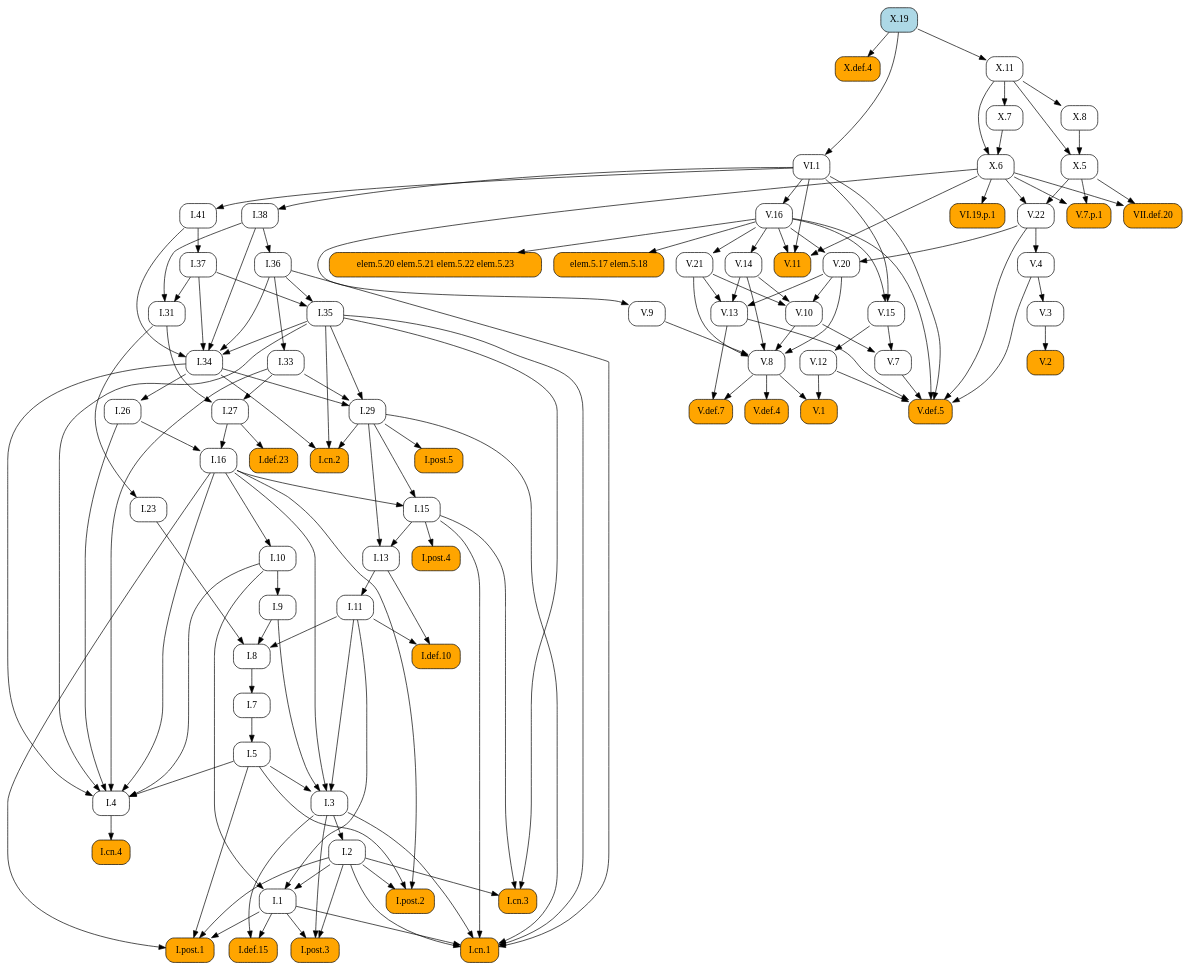
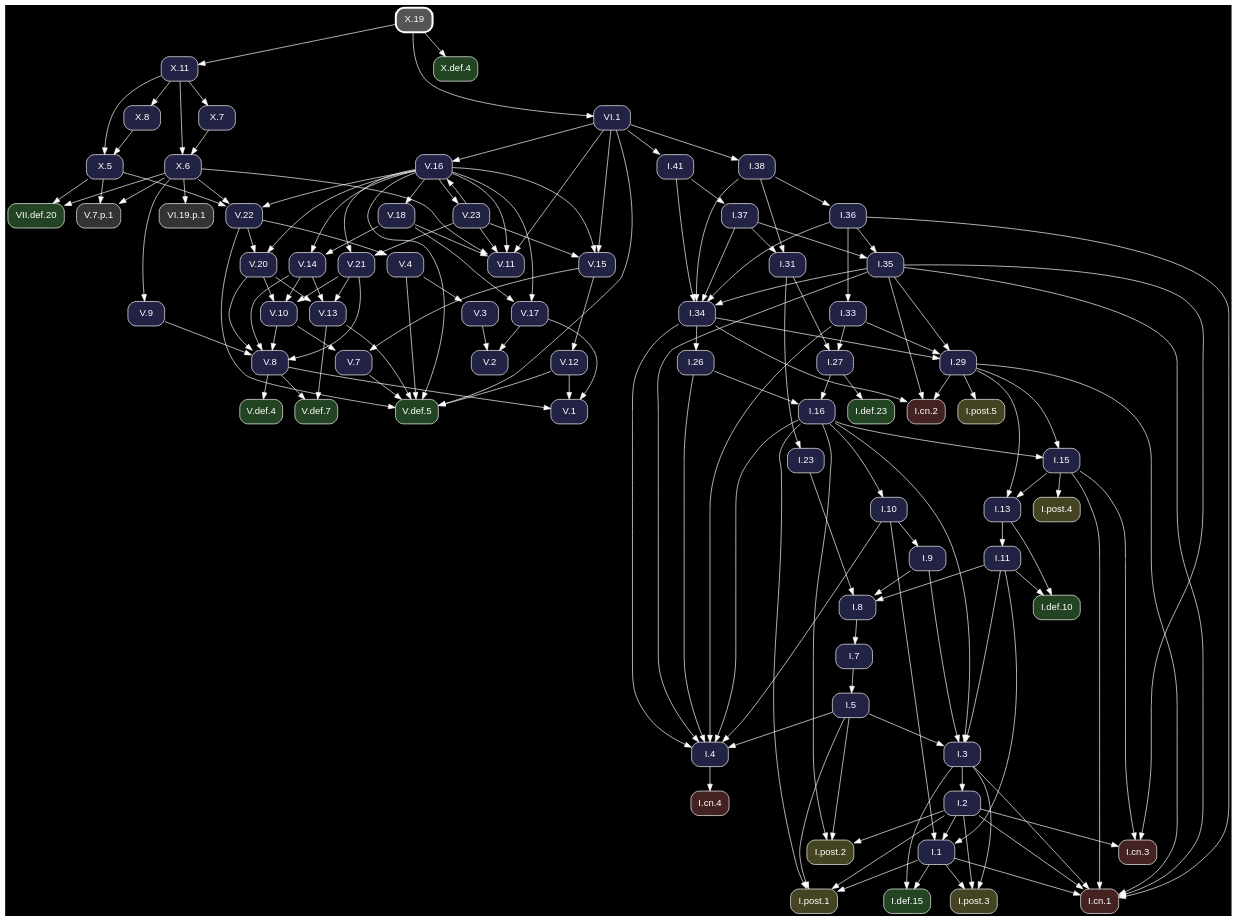
Before and after one commit to geometor/elements: the diagram in docsrc/heath/X/19/index.rst, drawn with Graphviz. The commit also changed other lines of this file and 1200 other files, not shown here.

Commit message:
update dependency graphs

```diff
--- a/docsrc/heath/X/19/index.rst
+++ b/docsrc/heath/X/19/index.rst
@@ -37,131 +37,188 @@
 .. graphviz::
 
    digraph {
+     bgcolor="black";
+     node [shape=box, style="rounded,filled", fontname="Helvetica", color="white", fontcolor="white"];
+     edge [color="white", fontcolor="white"];
      rankdir="TB";
-     node [shape=box, style=rounded];
-     "I.23" [URL="/heath/I/23/", target="_top"];
-     "I.9" [URL="/heath/I/9/", target="_top"];
-     "I.def.15" [style="rounded,filled", fillcolor=orange, URL="/heath/I/def.15/", target="_top"];
-     "V.13" [URL="/heath/V/13/", target="_top"];
-     "V.7" [URL="/heath/V/7/", target="_top"];
-     "elem.5.17 elem.5.18" [style="rounded,filled", fillcolor=orange];
-     "V.7.p.1" [style="rounded,filled", fillcolor=orange];
-     "I.post.1" [style="rounded,filled", fillcolor=orange, URL="/heath/I/post.1/", target="_top"];
-     "V.14" [URL="/heath/V/14/", target="_top"];
-     "X.6" [URL="/heath/X/6/", target="_top"];
-     "V.9" [URL="/heath/V/9/", target="_top"];
-     "I.31" [URL="/heath/I/31/", target="_top"];
-     "V.10" [URL="/heath/V/10/", target="_top"];
-     "I.def.10" [style="rounded,filled", fillcolor=orange, URL="/heath/I/def.10/", target="_top"];
-     "V.4" [URL="/heath/V/4/", target="_top"];
-     "X.def.4" [style="rounded,filled", fillcolor=orange, URL="/heath/X/def.4/", target="_top"];
-     "VI.1" [URL="/heath/VI/1/", target="_top"];
-     "V.11" [style="rounded,filled", fillcolor=orange, URL="/heath/V/11/", target="_top"];
-     "I.34" [URL="/heath/I/34/", target="_top"];
-     "VII.def.20" [style="rounded,filled", fillcolor=orange, URL="/heath/VII/def.20/", target="_top"];
-     "I.3" [URL="/heath/I/3/", target="_top"];
-     "V.def.4" [style="rounded,filled", fillcolor=orange, URL="/heath/V/def.4/", target="_top"];
-     "X.19" [style="rounded,filled", fillcolor=lightblue, URL="/heath/X/19/", target="_top"];
-     "V.def.7" [style="rounded,filled", fillcolor=orange, URL="/heath/V/def.7/", target="_top"];
-     "V.21" [URL="/heath/V/21/", target="_top"];
-     "I.2" [URL="/heath/I/2/", target="_top"];
-     "V.3" [URL="/heath/V/3/", target="_top"];
-     "I.13" [URL="/heath/I/13/", target="_top"];
-     "I.post.4" [style="rounded,filled", fillcolor=orange, URL="/heath/I/post.4/", target="_top"];
-     "I.4" [URL="/heath/I/4/", target="_top"];
-     "I.1" [URL="/heath/I/1/", target="_top"];
-     "I.8" [URL="/heath/I/8/", target="_top"];
-     "I.29" [URL="/heath/I/29/", target="_top"];
-     "I.38" [URL="/heath/I/38/", target="_top"];
-     "V.8" [URL="/heath/V/8/", target="_top"];
-     "I.15" [URL="/heath/I/15/", target="_top"];
-     "I.10" [URL="/heath/I/10/", target="_top"];
-     "I.11" [URL="/heath/I/11/", target="_top"];
-     "I.def.23" [style="rounded,filled", fillcolor=orange, URL="/heath/I/def.23/", target="_top"];
-     "I.26" [URL="/heath/I/26/", target="_top"];
-     "V.16" [URL="/heath/V/16/", target="_top"];
-     "I.33" [URL="/heath/I/33/", target="_top"];
-     "X.11" [URL="/heath/X/11/", target="_top"];
-     "X.8" [URL="/heath/X/8/", target="_top"];
-     "I.post.3" [style="rounded,filled", fillcolor=orange, URL="/heath/I/post.3/", target="_top"];
-     "V.def.5" [style="rounded,filled", fillcolor=orange, URL="/heath/V/def.5/", target="_top"];
-     "V.20" [URL="/heath/V/20/", target="_top"];
-     "I.27" [URL="/heath/I/27/", target="_top"];
-     "V.12" [URL="/heath/V/12/", target="_top"];
-     "I.35" [URL="/heath/I/35/", target="_top"];
-     "I.cn.1" [style="rounded,filled", fillcolor=orange, URL="/heath/I/cn.1/", target="_top"];
-     "V.2" [style="rounded,filled", fillcolor=orange, URL="/heath/V/2/", target="_top"];
-     "I.7" [URL="/heath/I/7/", target="_top"];
-     "I.36" [URL="/heath/I/36/", target="_top"];
-     "X.5" [URL="/heath/X/5/", target="_top"];
-     "I.5" [URL="/heath/I/5/", target="_top"];
-     "I.37" [URL="/heath/I/37/", target="_top"];
-     "VI.19.p.1" [style="rounded,filled", fillcolor=orange];
-     "I.cn.3" [style="rounded,filled", fillcolor=orange, URL="/heath/I/cn.3/", target="_top"];
-     "I.16" [URL="/heath/I/16/", target="_top"];
-     "X.7" [URL="/heath/X/7/", target="_top"];
-     "V.22" [URL="/heath/V/22/", target="_top"];
-     "V.1" [style="rounded,filled", fillcolor=orange, URL="/heath/V/1/", target="_top"];
-     "I.cn.2" [style="rounded,filled", fillcolor=orange, URL="/heath/I/cn.2/", target="_top"];
-     "I.post.5" [style="rounded,filled", fillcolor=orange, URL="/heath/I/post.5/", target="_top"];
-     "I.cn.4" [style="rounded,filled", fillcolor=orange, URL="/heath/I/cn.4/", target="_top"];
-     "I.41" [URL="/heath/I/41/", target="_top"];
-     "V.15" [URL="/heath/V/15/", target="_top"];
-     "I.post.2" [style="rounded,filled", fillcolor=orange, URL="/heath/I/post.2/", target="_top"];
-     "elem.5.20 elem.5.21 elem.5.22 elem.5.23" [style="rounded,filled", fillcolor=orange];
-     "I.31" -> "I.23";
-     "I.10" -> "I.9";
-     "I.1" -> "I.def.15";
-     "I.3" -> "I.def.15";
+     "V.15" [fillcolor="#222244", URL="/heath/V/15/", target="_top"];
+     "X.6" [fillcolor="#222244", URL="/heath/X/6/", target="_top"];
+     "I.cn.1" [fillcolor="#442222", URL="/heath/I/cn.1/", target="_top"];
+     "V.18" [fillcolor="#222244", URL="/heath/V/18/", target="_top"];
+     "V.14" [fillcolor="#222244", URL="/heath/V/14/", target="_top"];
+     "I.27" [fillcolor="#222244", URL="/heath/I/27/", target="_top"];
+     "V.23" [fillcolor="#222244", URL="/heath/V/23/", target="_top"];
+     "I.2" [fillcolor="#222244", URL="/heath/I/2/", target="_top"];
+     "I.41" [fillcolor="#222244", URL="/heath/I/41/", target="_top"];
+     "I.post.4" [fillcolor="#444422", URL="/heath/I/post.4/", target="_top"];
+     "I.26" [fillcolor="#222244", URL="/heath/I/26/", target="_top"];
+     "I.8" [fillcolor="#222244", URL="/heath/I/8/", target="_top"];
+     "V.4" [fillcolor="#222244", URL="/heath/V/4/", target="_top"];
+     "V.16" [fillcolor="#222244", URL="/heath/V/16/", target="_top"];
+     "I.7" [fillcolor="#222244", URL="/heath/I/7/", target="_top"];
+     "I.5" [fillcolor="#222244", URL="/heath/I/5/", target="_top"];
+     "V.11" [fillcolor="#222244", URL="/heath/V/11/", target="_top"];
+     "V.def.4" [fillcolor="#224422", URL="/heath/V/def.4/", target="_top"];
+     "V.20" [fillcolor="#222244", URL="/heath/V/20/", target="_top"];
+     "X.5" [fillcolor="#222244", URL="/heath/X/5/", target="_top"];
+     "I.11" [fillcolor="#222244", URL="/heath/I/11/", target="_top"];
+     "I.37" [fillcolor="#222244", URL="/heath/I/37/", target="_top"];
+     "I.cn.3" [fillcolor="#442222", URL="/heath/I/cn.3/", target="_top"];
+     "I.36" [fillcolor="#222244", URL="/heath/I/36/", target="_top"];
+     "I.38" [fillcolor="#222244", URL="/heath/I/38/", target="_top"];
+     "I.post.2" [fillcolor="#444422", URL="/heath/I/post.2/", target="_top"];
+     "X.19" [penwidth=3, color="white", fillcolor="#555555", URL="/heath/X/19/", target="_top"];
+     "I.def.23" [fillcolor="#224422", URL="/heath/I/def.23/", target="_top"];
+     "X.8" [fillcolor="#222244", URL="/heath/X/8/", target="_top"];
+     "I.35" [fillcolor="#222244", URL="/heath/I/35/", target="_top"];
+     "I.post.3" [fillcolor="#444422", URL="/heath/I/post.3/", target="_top"];
+     "V.13" [fillcolor="#222244", URL="/heath/V/13/", target="_top"];
+     "I.33" [fillcolor="#222244", URL="/heath/I/33/", target="_top"];
+     "V.8" [fillcolor="#222244", URL="/heath/V/8/", target="_top"];
+     "V.10" [fillcolor="#222244", URL="/heath/V/10/", target="_top"];
+     "V.def.5" [fillcolor="#224422", URL="/heath/V/def.5/", target="_top"];
+     "V.22" [fillcolor="#222244", URL="/heath/V/22/", target="_top"];
+     "I.31" [fillcolor="#222244", URL="/heath/I/31/", target="_top"];
+     "I.3" [fillcolor="#222244", URL="/heath/I/3/", target="_top"];
+     "V.12" [fillcolor="#222244", URL="/heath/V/12/", target="_top"];
+     "I.def.10" [fillcolor="#224422", URL="/heath/I/def.10/", target="_top"];
+     "I.15" [fillcolor="#222244", URL="/heath/I/15/", target="_top"];
+     "VII.def.20" [fillcolor="#224422", URL="/heath/VII/def.20/", target="_top"];
+     "X.11" [fillcolor="#222244", URL="/heath/X/11/", target="_top"];
+     "I.13" [fillcolor="#222244", URL="/heath/I/13/", target="_top"];
+     "X.7" [fillcolor="#222244", URL="/heath/X/7/", target="_top"];
+     "X.def.4" [fillcolor="#224422", URL="/heath/X/def.4/", target="_top"];
+     "I.cn.2" [fillcolor="#442222", URL="/heath/I/cn.2/", target="_top"];
+     "I.9" [fillcolor="#222244", URL="/heath/I/9/", target="_top"];
+     "VI.19.p.1" [fillcolor="#333333"];
+     "I.1" [fillcolor="#222244", URL="/heath/I/1/", target="_top"];
+     "I.post.5" [fillcolor="#444422", URL="/heath/I/post.5/", target="_top"];
+     "I.23" [fillcolor="#222244", URL="/heath/I/23/", target="_top"];
+     "I.4" [fillcolor="#222244", URL="/heath/I/4/", target="_top"];
+     "V.7" [fillcolor="#222244", URL="/heath/V/7/", target="_top"];
+     "V.9" [fillcolor="#222244", URL="/heath/V/9/", target="_top"];
+     "VI.1" [fillcolor="#222244", URL="/heath/VI/1/", target="_top"];
+     "I.10" [fillcolor="#222244", URL="/heath/I/10/", target="_top"];
+     "V.def.7" [fillcolor="#224422", URL="/heath/V/def.7/", target="_top"];
+     "I.post.1" [fillcolor="#444422", URL="/heath/I/post.1/", target="_top"];
+     "I.16" [fillcolor="#222244", URL="/heath/I/16/", target="_top"];
+     "I.29" [fillcolor="#222244", URL="/heath/I/29/", target="_top"];
+     "I.cn.4" [fillcolor="#442222", URL="/heath/I/cn.4/", target="_top"];
+     "V.2" [fillcolor="#222244", URL="/heath/V/2/", target="_top"];
+     "V.1" [fillcolor="#222244", URL="/heath/V/1/", target="_top"];
+     "V.21" [fillcolor="#222244", URL="/heath/V/21/", target="_top"];
+     "V.7.p.1" [fillcolor="#333333"];
+     "I.34" [fillcolor="#222244", URL="/heath/I/34/", target="_top"];
+     "I.def.15" [fillcolor="#224422", URL="/heath/I/def.15/", target="_top"];
+     "V.3" [fillcolor="#222244", URL="/heath/V/3/", target="_top"];
+     "V.17" [fillcolor="#222244", URL="/heath/V/17/", target="_top"];
+     "V.16" -> "V.15";
+     "V.23" -> "V.15";
+     "VI.1" -> "V.15";
+     "X.7" -> "X.6";
+     "X.11" -> "X.6";
+     "I.1" -> "I.cn.1";
+     "I.2" -> "I.cn.1";
+     "I.3" -> "I.cn.1";
+     "I.15" -> "I.cn.1";
+     "I.29" -> "I.cn.1";
+     "I.35" -> "I.cn.1";
+     "I.36" -> "I.cn.1";
+     "V.16" -> "V.18";
+     "V.16" -> "V.14";
+     "V.18" -> "V.14";
+     "I.31" -> "I.27";
+     "I.33" -> "I.27";
+     "V.16" -> "V.23";
+     "I.3" -> "I.2";
+     "VI.1" -> "I.41";
+     "I.15" -> "I.post.4";
+     "I.34" -> "I.26";
+     "I.9" -> "I.8";
+     "I.11" -> "I.8";
+     "I.23" -> "I.8";
+     "V.22" -> "V.4";
+     "V.23" -> "V.16";
+     "VI.1" -> "V.16";
+     "I.8" -> "I.7";
+     "I.7" -> "I.5";
+     "V.16" -> "V.11";
+     "V.18" -> "V.11";
+     "V.23" -> "V.11";
+     "VI.1" -> "V.11";
+     "X.6" -> "V.11";
+     "V.8" -> "V.def.4";
+     "V.16" -> "V.20";
+     "V.22" -> "V.20";
+     "X.8" -> "X.5";
+     "X.11" -> "X.5";
+     "I.13" -> "I.11";
+     "I.41" -> "I.37";
+     "I.2" -> "I.cn.3";
+     "I.15" -> "I.cn.3";
+     "I.35" -> "I.cn.3";
+     "I.38" -> "I.36";
+     "VI.1" -> "I.38";
+     "I.2" -> "I.post.2";
+     "I.5" -> "I.post.2";
+     "I.16" -> "I.post.2";
+     "I.27" -> "I.def.23";
+     "X.11" -> "X.8";
+     "I.36" -> "I.35";
+     "I.37" -> "I.35";
+     "I.1" -> "I.post.3";
+     "I.2" -> "I.post.3";
+     "I.3" -> "I.post.3";
      "V.14" -> "V.13";
      "V.20" -> "V.13";
      "V.21" -> "V.13";
-     "V.10" -> "V.7";
-     "V.15" -> "V.7";
-     "V.16" -> "elem.5.17 elem.5.18";
-     "X.5" -> "V.7.p.1";
-     "X.6" -> "V.7.p.1";
-     "I.1" -> "I.post.1";
-     "I.2" -> "I.post.1";
-     "I.5" -> "I.post.1";
-     "I.16" -> "I.post.1";
-     "V.16" -> "V.14";
-     "X.7" -> "X.6";
-     "X.11" -> "X.6";
-     "X.6" -> "V.9";
-     "I.37" -> "I.31";
-     "I.38" -> "I.31";
+     "I.36" -> "I.33";
+     "V.9" -> "V.8";
+     "V.10" -> "V.8";
+     "V.14" -> "V.8";
+     "V.20" -> "V.8";
+     "V.21" -> "V.8";
      "V.14" -> "V.10";
      "V.20" -> "V.10";
      "V.21" -> "V.10";
-     "I.11" -> "I.def.10";
-     "I.13" -> "I.def.10";
-     "V.22" -> "V.4";
-     "X.19" -> "X.def.4";
-     "X.19" -> "VI.1";
-     "V.16" -> "V.11";
-     "VI.1" -> "V.11";
-     "X.6" -> "V.11";
-     "I.35" -> "I.34";
-     "I.36" -> "I.34";
-     "I.37" -> "I.34";
-     "I.38" -> "I.34";
-     "I.41" -> "I.34";
-     "X.5" -> "VII.def.20";
-     "X.6" -> "VII.def.20";
+     "V.4" -> "V.def.5";
+     "V.7" -> "V.def.5";
+     "V.12" -> "V.def.5";
+     "V.13" -> "V.def.5";
+     "V.16" -> "V.def.5";
+     "V.22" -> "V.def.5";
+     "VI.1" -> "V.def.5";
+     "V.16" -> "V.22";
+     "X.5" -> "V.22";
+     "X.6" -> "V.22";
+     "I.37" -> "I.31";
+     "I.38" -> "I.31";
      "I.5" -> "I.3";
      "I.9" -> "I.3";
      "I.11" -> "I.3";
      "I.16" -> "I.3";
-     "V.8" -> "V.def.4";
-     "V.8" -> "V.def.7";
-     "V.13" -> "V.def.7";
-     "V.16" -> "V.21";
-     "I.3" -> "I.2";
-     "V.4" -> "V.3";
+     "V.15" -> "V.12";
+     "I.11" -> "I.def.10";
+     "I.13" -> "I.def.10";
+     "I.16" -> "I.15";
+     "I.29" -> "I.15";
+     "X.5" -> "VII.def.20";
+     "X.6" -> "VII.def.20";
+     "X.19" -> "X.11";
      "I.15" -> "I.13";
      "I.29" -> "I.13";
-     "I.15" -> "I.post.4";
+     "X.11" -> "X.7";
+     "X.19" -> "X.def.4";
+     "I.29" -> "I.cn.2";
+     "I.34" -> "I.cn.2";
+     "I.35" -> "I.cn.2";
+     "I.10" -> "I.9";
+     "X.6" -> "VI.19.p.1";
+     "I.2" -> "I.1";
+     "I.10" -> "I.1";
+     "I.11" -> "I.1";
+     "I.29" -> "I.post.5";
+     "I.31" -> "I.23";
      "I.5" -> "I.4";
      "I.10" -> "I.4";
      "I.16" -> "I.4";
@@ -169,83 +226,40 @@
      "I.33" -> "I.4";
      "I.34" -> "I.4";
      "I.35" -> "I.4";
-     "I.2" -> "I.1";
-     "I.10" -> "I.1";
-     "I.11" -> "I.1";
-     "I.9" -> "I.8";
-     "I.11" -> "I.8";
-     "I.23" -> "I.8";
+     "V.10" -> "V.7";
+     "V.15" -> "V.7";
+     "X.6" -> "V.9";
+     "X.19" -> "VI.1";
+     "I.16" -> "I.10";
+     "V.8" -> "V.def.7";
+     "V.13" -> "V.def.7";
+     "I.1" -> "I.post.1";
+     "I.2" -> "I.post.1";
+     "I.5" -> "I.post.1";
+     "I.16" -> "I.post.1";
+     "I.26" -> "I.16";
+     "I.27" -> "I.16";
      "I.33" -> "I.29";
      "I.34" -> "I.29";
      "I.35" -> "I.29";
-     "VI.1" -> "I.38";
-     "V.9" -> "V.8";
-     "V.10" -> "V.8";
-     "V.14" -> "V.8";
-     "V.20" -> "V.8";
-     "V.21" -> "V.8";
-     "I.16" -> "I.15";
-     "I.29" -> "I.15";
-     "I.16" -> "I.10";
-     "I.13" -> "I.11";
-     "I.27" -> "I.def.23";
-     "I.34" -> "I.26";
-     "VI.1" -> "V.16";
-     "I.36" -> "I.33";
-     "X.19" -> "X.11";
-     "X.11" -> "X.8";
-     "I.1" -> "I.post.3";
-     "I.2" -> "I.post.3";
-     "I.3" -> "I.post.3";
-     "V.4" -> "V.def.5";
-     "V.7" -> "V.def.5";
-     "V.12" -> "V.def.5";
-     "V.13" -> "V.def.5";
-     "V.16" -> "V.def.5";
-     "V.22" -> "V.def.5";
-     "VI.1" -> "V.def.5";
-     "V.16" -> "V.20";
-     "V.22" -> "V.20";
-     "I.31" -> "I.27";
-     "I.33" -> "I.27";
-     "V.15" -> "V.12";
-     "I.36" -> "I.35";
-     "I.37" -> "I.35";
-     "I.1" -> "I.cn.1";
-     "I.2" -> "I.cn.1";
-     "I.3" -> "I.cn.1";
-     "I.15" -> "I.cn.1";
-     "I.29" -> "I.cn.1";
-     "I.35" -> "I.cn.1";
-     "I.36" -> "I.cn.1";
+     "I.4" -> "I.cn.4";
      "V.3" -> "V.2";
-     "I.8" -> "I.7";
-     "I.38" -> "I.36";
-     "X.8" -> "X.5";
-     "X.11" -> "X.5";
-     "I.7" -> "I.5";
-     "I.41" -> "I.37";
-     "X.6" -> "VI.19.p.1";
-     "I.2" -> "I.cn.3";
-     "I.15" -> "I.cn.3";
-     "I.35" -> "I.cn.3";
-     "I.26" -> "I.16";
-     "I.27" -> "I.16";
-     "X.11" -> "X.7";
-     "X.5" -> "V.22";
-     "X.6" -> "V.22";
+     "V.17" -> "V.2";
      "V.8" -> "V.1";
      "V.12" -> "V.1";
-     "I.29" -> "I.cn.2";
-     "I.34" -> "I.cn.2";
-     "I.35" -> "I.cn.2";
-     "I.29" -> "I.post.5";
-     "I.4" -> "I.cn.4";
-     "VI.1" -> "I.41";
-     "V.16" -> "V.15";
-     "VI.1" -> "V.15";
-     "I.2" -> "I.post.2";
-     "I.5" -> "I.post.2";
-     "I.16" -> "I.post.2";
-     "V.16" -> "elem.5.20 elem.5.21 elem.5.22 elem.5.23";
+     "V.17" -> "V.1";
+     "V.16" -> "V.21";
+     "V.23" -> "V.21";
+     "X.5" -> "V.7.p.1";
+     "X.6" -> "V.7.p.1";
+     "I.35" -> "I.34";
+     "I.36" -> "I.34";
+     "I.37" -> "I.34";
+     "I.38" -> "I.34";
+     "I.41" -> "I.34";
+     "I.1" -> "I.def.15";
+     "I.3" -> "I.def.15";
+     "V.4" -> "V.3";
+     "V.16" -> "V.17";
+     "V.18" -> "V.17";
    }
```
